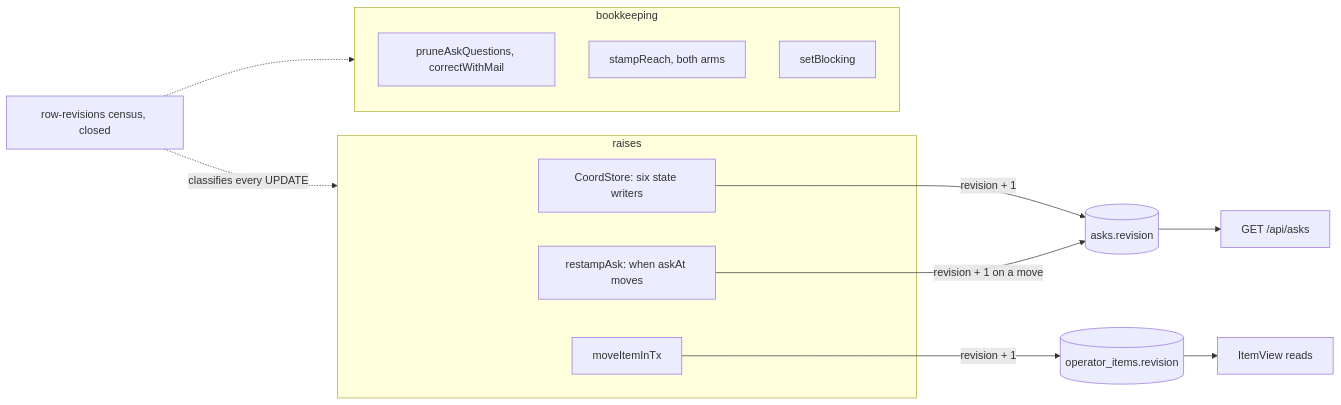
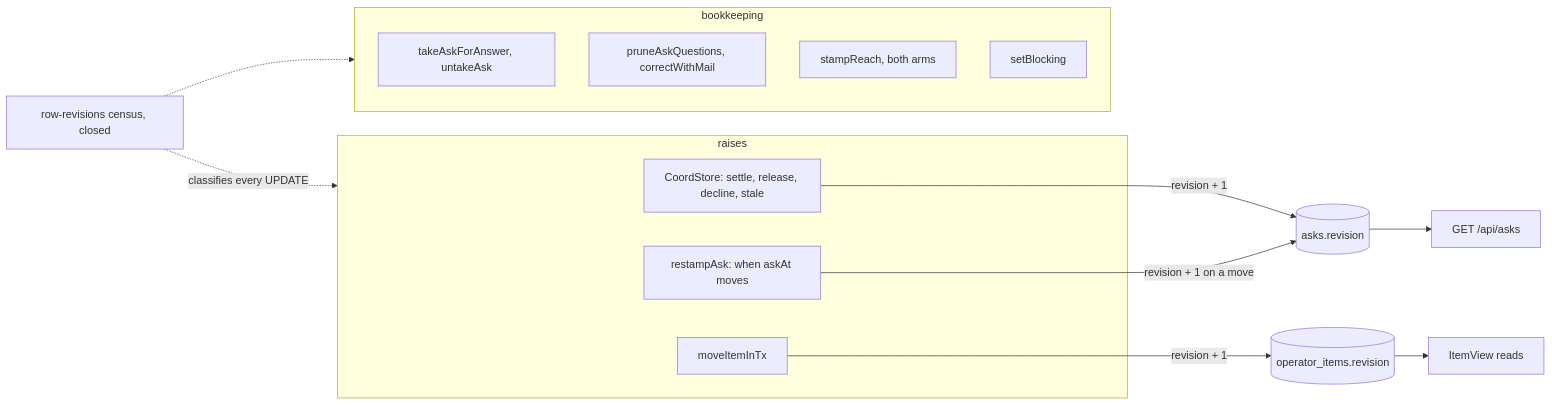
The diagram in docs/superpowers/plans/2026-11-16-overlord-w2/w2-revisions.md (Synapsium-Labs/ccrc-pwa), drawn with Mermaid before and after one commit. The commit also changed other lines of this file and 2 other files, not shown here.

````diff
--- a/docs/superpowers/plans/2026-11-16-overlord-w2/w2-revisions.md
+++ b/docs/superpowers/plans/2026-11-16-overlord-w2/w2-revisions.md
@@ -143,20 +152,21 @@
 ```mermaid
 flowchart LR
   subgraph RA["raises"]
-    S["CoordStore: six state writers"]
+    S["CoordStore: settle, release, decline, stale"]
     RS["restampAsk: when askAt moves"]
     M["moveItemInTx"]
   end
   subgraph BK["bookkeeping"]
+    B0["takeAskForAnswer, untakeAsk"]
     B1["pruneAskQuestions, correctWithMail"]
     B2["stampReach, both arms"]
     B3["setBlocking"]
   end
   S -->|"revision + 1"| A[("asks.revision")]
   RS -->|"revision + 1 on a move"| A
   M -->|"revision + 1"| I[("operator_items.revision")]
   A --> GA["GET /api/asks"]
   I --> GI["ItemView reads"]
   C["row-revisions census, closed"] -.->|"classifies every UPDATE"| RA
   C -.-> BK
 ```
````
